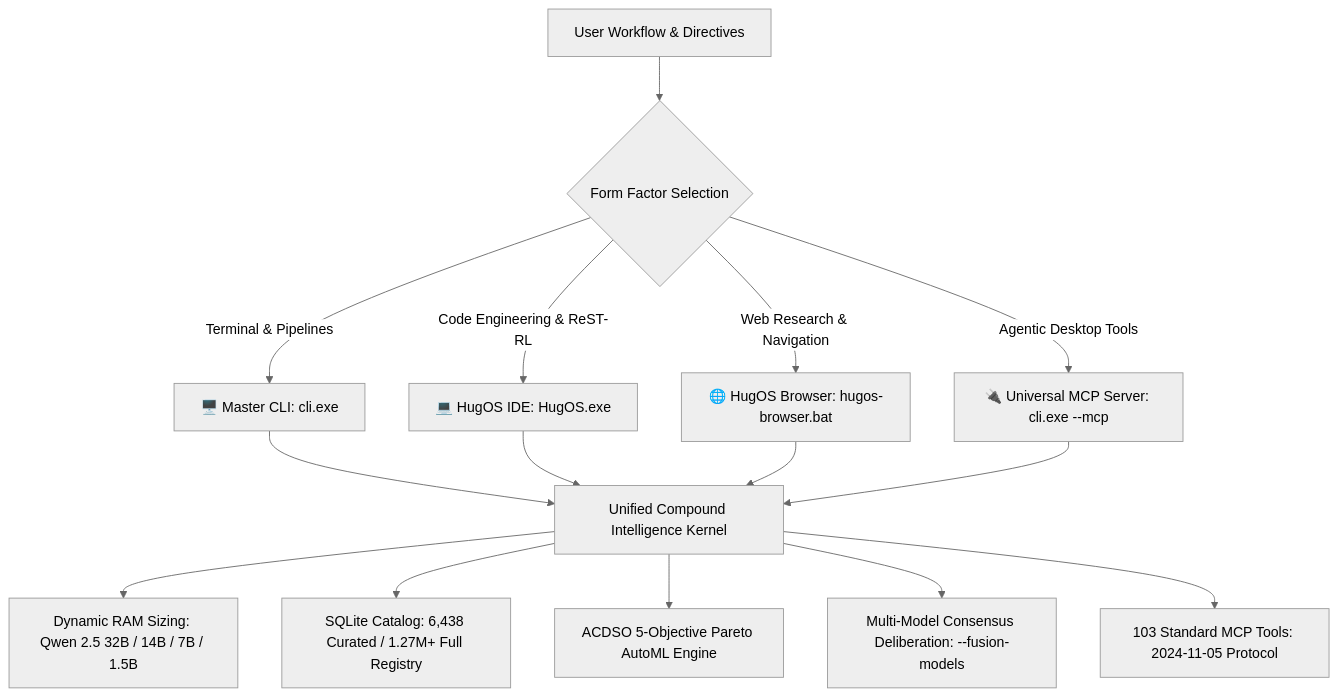
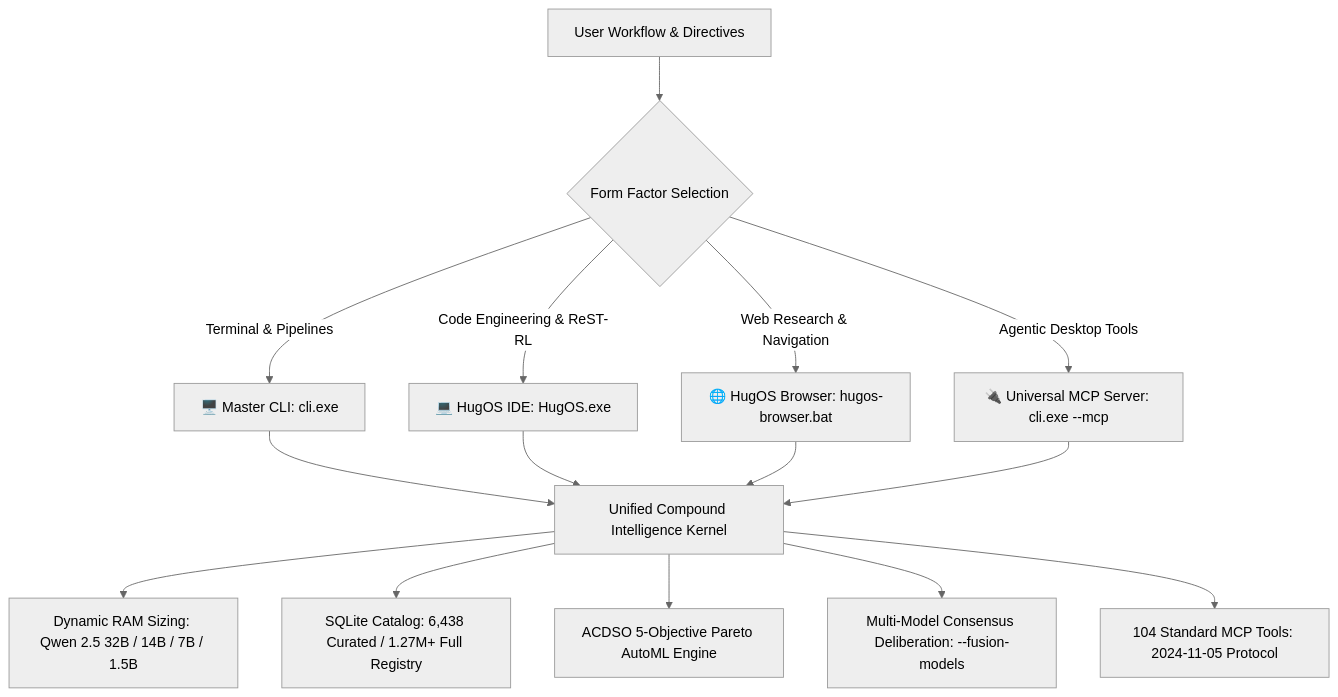
Before and after one commit to oyesanyf/ModelFusion: the first of 5 diagrams in README.md, drawn with Mermaid (neutral theme). The commit also changed other lines of this file and 14 other files, not shown here.

````diff
--- a/README.md
+++ b/README.md
@@ -37,20 +37,20 @@
 ```mermaid
 graph TD
     A[User Workflow & Directives] --> B{Form Factor Selection}
     
     B -->|Terminal & Pipelines| P1[🖥️ Master CLI: cli.exe]
     B -->|Code Engineering & ReST-RL| P2[💻 HugOS IDE: HugOS.exe]
     B -->|Web Research & Navigation| P3[🌐 HugOS Browser: hugos-browser.bat]
     B -->|Agentic Desktop Tools| P4[🔌 Universal MCP Server: cli.exe --mcp]
     
     P1 --> K[Unified Compound Intelligence Kernel]
     P2 --> K
     P3 --> K
     P4 --> K
     
     K --> M1[Dynamic RAM Sizing: Qwen 2.5 32B / 14B / 7B / 1.5B]
     K --> M2[SQLite Catalog: 6,438 Curated / 1.27M+ Full Registry]
     K --> M3[ACDSO 5-Objective Pareto AutoML Engine]
     K --> M4[Multi-Model Consensus Deliberation: --fusion-models]
-    K --> M5[103 Standard MCP Tools: 2024-11-05 Protocol]
+    K --> M5[104 Standard MCP Tools: 2024-11-05 Protocol]
 ```
````
